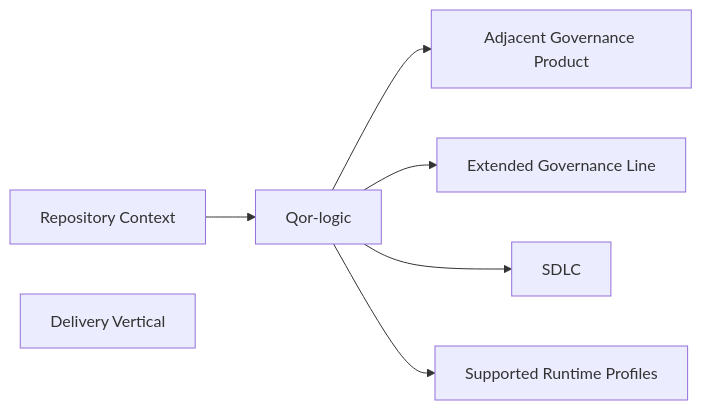
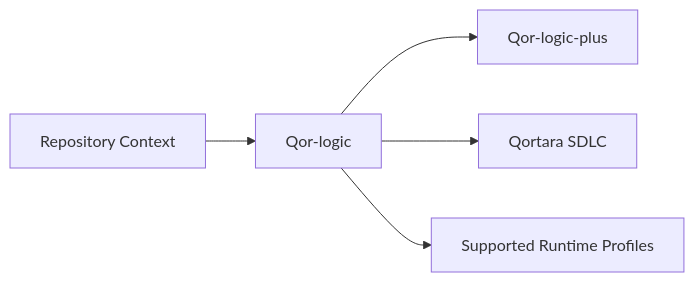
The diagram in docs/ecosystem-position.md (MythologIQ-Labs-LLC/Qor-logic), drawn with Mermaid before and after one commit. The commit also changed other lines of this file, not shown here.

Commit message:
docs: align ecosystem relationships with current Qortara boundaries

````diff
--- a/docs/ecosystem-position.md
+++ b/docs/ecosystem-position.md
@@ -11,15 +11,13 @@
 ```mermaid
 flowchart LR
     Repo[Repository Context]
     Logic[Qor-logic]
-    Product[Adjacent Governance Product]
-    Extended[Extended Governance Line]
-    Vertical[Delivery Vertical]
+    Plus[Qor-logic-plus]
+    SDLC[Qortara SDLC]
     Runtime[Supported Runtime Profiles]
 
     Repo --> Logic
-    Logic --> Product
-    Logic --> Extended
+    Logic --> Plus
     Logic --> SDLC
     Logic --> Runtime
 ```
````
